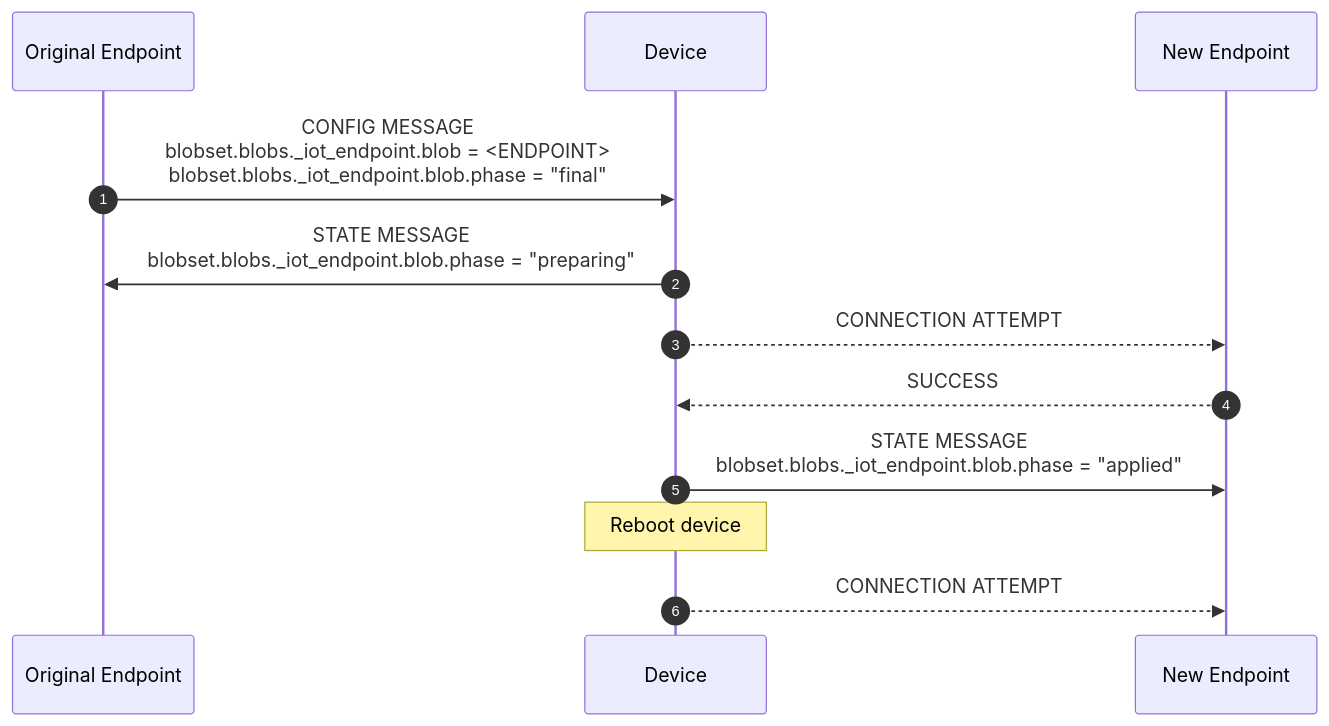
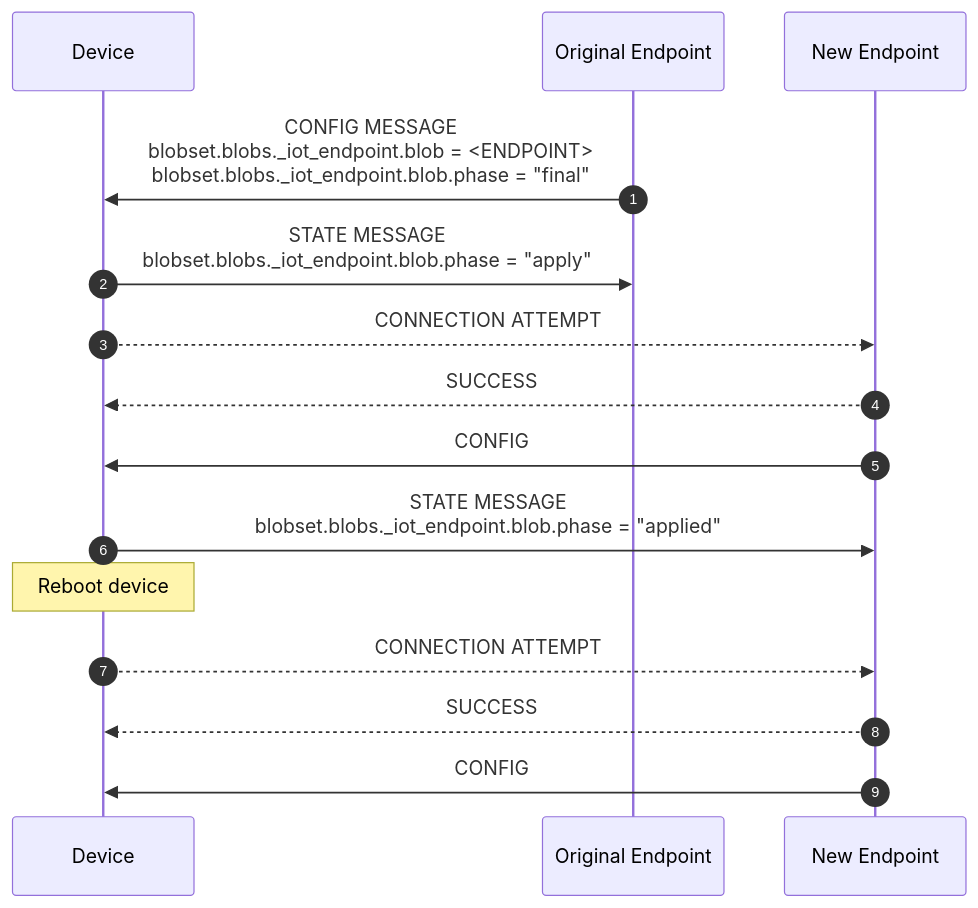
Before and after one commit to faucetsdn/udmi: the first of 2 diagrams in docs/specs/sequences/endpoint_reconfiguration.md, drawn with Mermaid. The commit also changed other lines of this file and 2 other files, not shown here.

````diff
--- a/docs/specs/sequences/endpoint_reconfiguration.md
+++ b/docs/specs/sequences/endpoint_reconfiguration.md
@@ -16,15 +16,18 @@
 ```mermaid
+%%{wrap}%%
 sequenceDiagram
     autonumber
+    participant D as Device
     participant E as Original Endpoint
-    participant D as Device
     participant E' as New Endpoint
     E->>D:CONFIG MESSAGE<br>blobset.blobs._iot_endpoint.blob = <ENDPOINT><br>blobset.blobs._iot_endpoint.blob.phase = "final"
-    D->>E:STATE MESSAGE<BR>blobset.blobs._iot_endpoint.blob.phase = "preparing"
+    D->>E:STATE MESSAGE<BR>blobset.blobs._iot_endpoint.blob.phase = "apply"
     D-->>E':CONNECTION ATTEMPT
     E'-->>D:SUCCESS
+    E'->>D:CONFIG
     D->>E':STATE MESSAGE<BR>blobset.blobs._iot_endpoint.blob.phase = "applied"
     note over D: Reboot device
     D-->>E':CONNECTION ATTEMPT
-    
+    E'-->>D:SUCCESS
+    E'->>D:CONFIG
 ```
````
